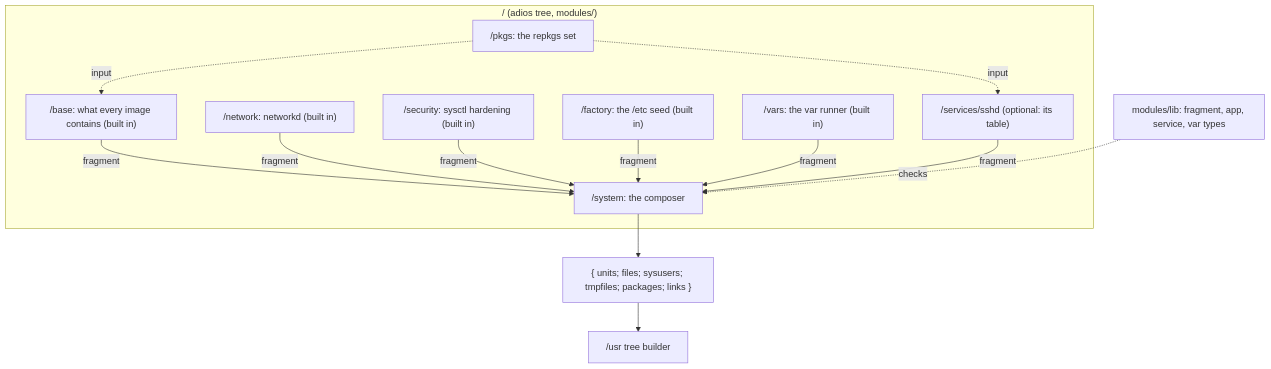
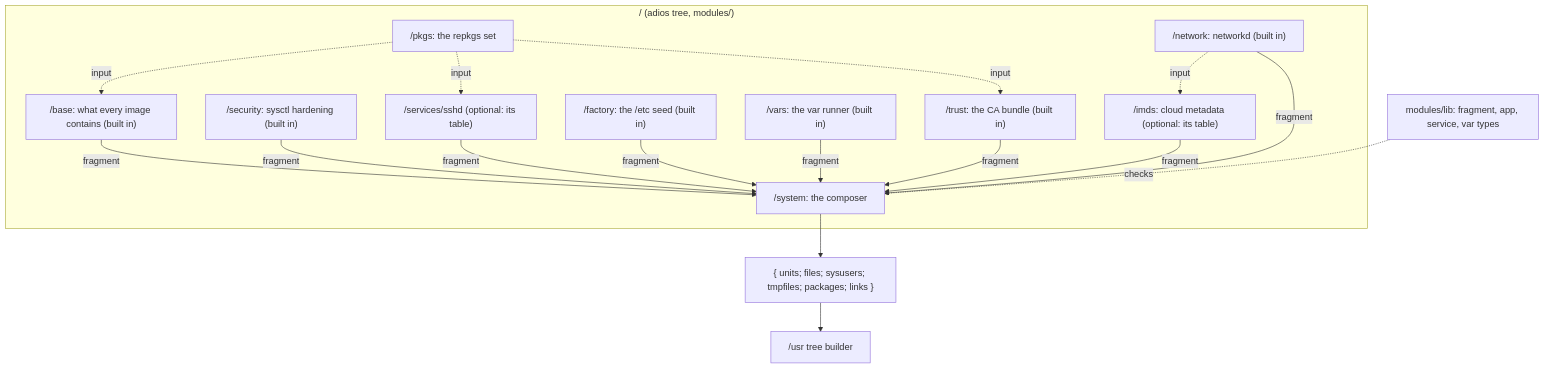
The diagram in docs/design/modules.md (slophaer/golconda), drawn with Mermaid before and after one commit. The commit also changed other lines of this file and 3 other files, not shown here.

````diff
--- a/docs/design/modules.md
+++ b/docs/design/modules.md
@@ -9,24 +9,30 @@
 ```mermaid
 flowchart TD
   subgraph tree["/ (adios tree, modules/)"]
     pkgs["/pkgs: the repkgs set"]
     base["/base: what every image contains (built in)"]
     net["/network: networkd (built in)"]
     sec["/security: sysctl hardening (built in)"]
+    trust["/trust: the CA bundle (built in)"]
     factory["/factory: the /etc seed (built in)"]
     vars["/vars: the var runner (built in)"]
     sshd["/services/sshd (optional: its table)"]
+    imds["/imds: cloud metadata (optional: its table)"]
     system["/system: the composer"]
   end
   pkgs -.->|input| base
   pkgs -.->|input| sshd
+  pkgs -.->|input| trust
+  net -.->|input| imds
   base -->|fragment| system
   net -->|fragment| system
   sec -->|fragment| system
+  trust -->|fragment| system
   factory -->|fragment| system
   vars -->|fragment| system
   sshd -->|fragment| system
+  imds -->|fragment| system
   lib["modules/lib: fragment, app, service, var types"] -.->|checks| system
   system --> out["{ units; files; sysusers; tmpfiles; packages; links }"]
   out --> usr["/usr tree builder"]
 ```
````
